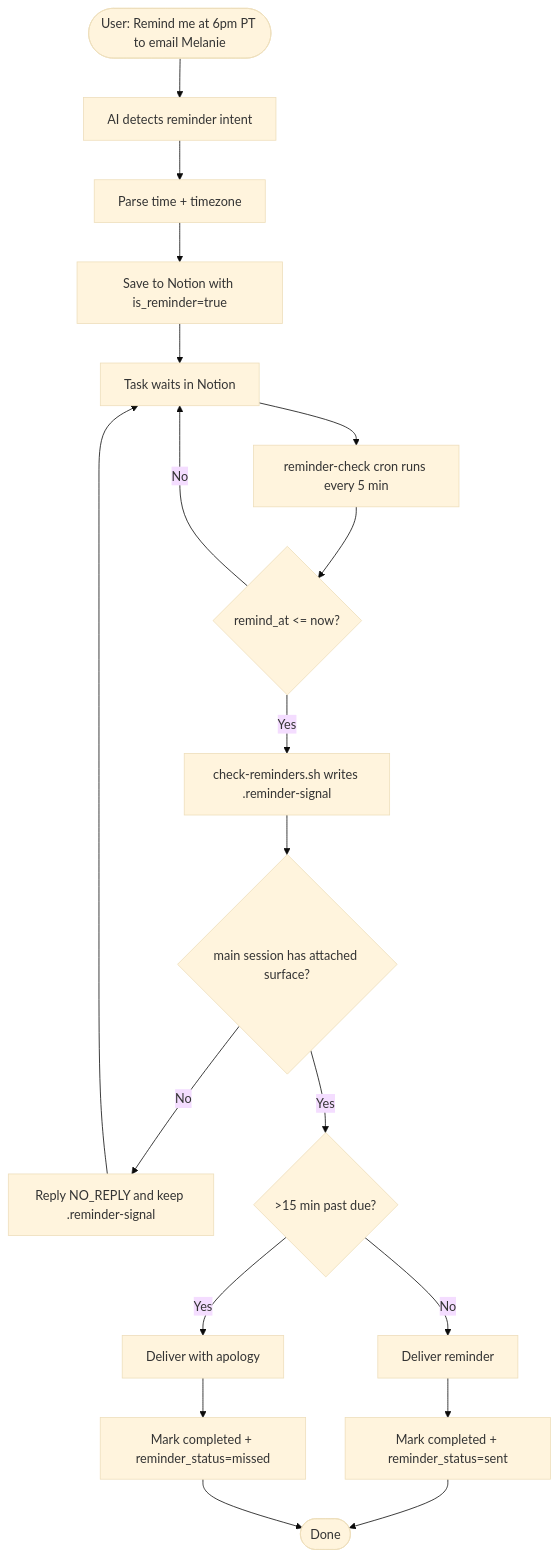
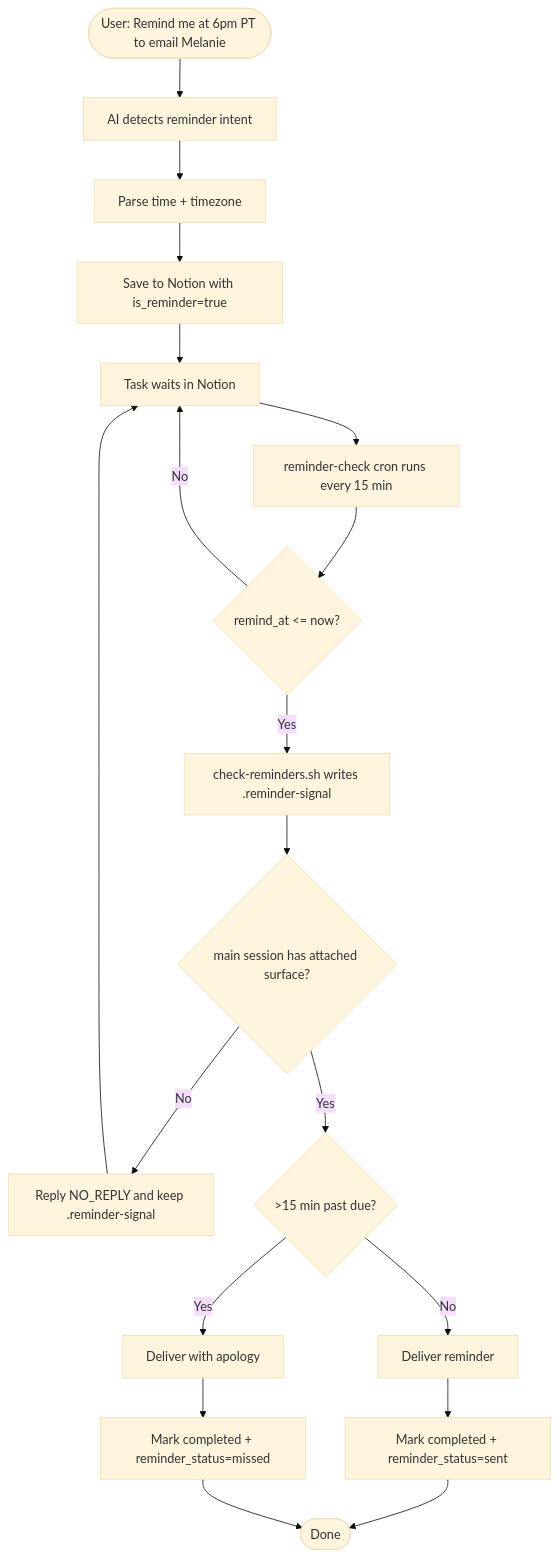
One commit to NickBorgersProbably/hide-my-list changed diagram 28 of 29 in docs/task-lifecycle.md. Above: the diagram before and after it, drawn with Mermaid (base theme). The commit also changed 10 other files, not shown here.

````diff
--- a/docs/task-lifecycle.md
+++ b/docs/task-lifecycle.md
@@ -928,25 +928,25 @@
 ```mermaid
 flowchart TD
     Intake([User: Remind me at 6pm PT to email Melanie]) --> Detect[AI detects reminder intent]
     Detect --> Parse[Parse time + timezone]
     Parse --> Save[Save to Notion with is_reminder=true]
 
     Save --> Wait[Task waits in Notion]
-    Wait --> Cron[reminder-check cron runs every 5 min]
+    Wait --> Cron[reminder-check cron runs every 15 min]
     Cron --> Due{remind_at <= now?}
     Due -->|No| Wait
     Due -->|Yes| Signal[check-reminders.sh writes .reminder-signal]
     Signal --> Surface{main session has attached surface?}
     Surface -->|No| Retry[Reply NO_REPLY and keep .reminder-signal]
     Retry --> Wait
     Surface -->|Yes| Late{>15 min past due?}
 
     Late -->|No| Send[Deliver reminder]
     Late -->|Yes| SendMissed[Deliver with apology]
 
     Send --> Complete[Mark completed + reminder_status=sent]
     SendMissed --> Complete2[Mark completed + reminder_status=missed]
 
     Complete --> Done([Done])
     Complete2 --> Done
 ```
````
